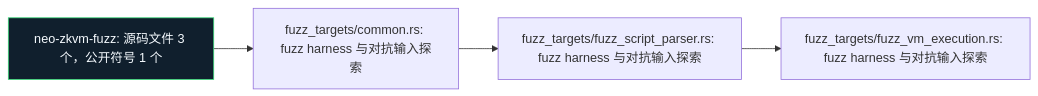
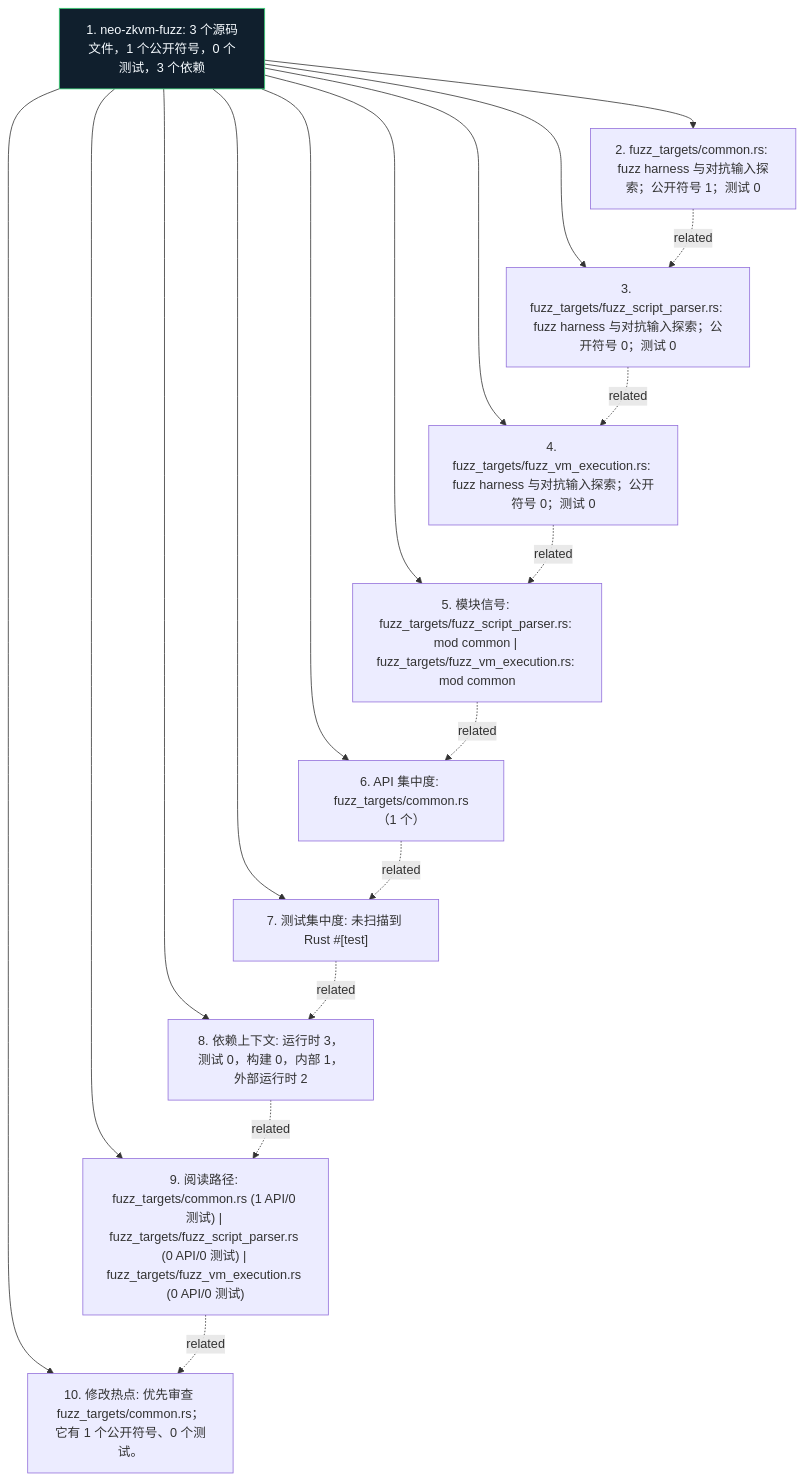
One commit to r3e-network/neo-zkvm changed the diagram in fuzz/docs/figures/module-map.zh.mmd. Above: the diagram before and after it, drawn with Mermaid. The commit also changed 307 other files, not shown here.

Commit message:
Deepen crate diagrams with source-aware atlas

```diff
--- a/fuzz/docs/figures/module-map.zh.mmd
+++ b/fuzz/docs/figures/module-map.zh.mmd
@@ -1,10 +1,30 @@
-flowchart LR
-    N1["neo-zkvm-fuzz: 源码文件 3 个，公开符号 1 个"]
-    N2["fuzz_targets/common.rs: fuzz harness 与对抗输入探索"]
-    N3["fuzz_targets/fuzz_script_parser.rs: fuzz harness 与对抗输入探索"]
-    N4["fuzz_targets/fuzz_vm_execution.rs: fuzz harness 与对抗输入探索"]
+flowchart TB
+    N1["1. neo-zkvm-fuzz: 3 个源码文件，1 个公开符号，0 个测试，3 个依赖"]
+    N2["2. fuzz_targets/common.rs: fuzz harness 与对抗输入探索；公开符号 1；测试 0"]
+    N3["3. fuzz_targets/fuzz_script_parser.rs: fuzz harness 与对抗输入探索；公开符号 0；测试 0"]
+    N4["4. fuzz_targets/fuzz_vm_execution.rs: fuzz harness 与对抗输入探索；公开符号 0；测试 0"]
+    N5["5. 模块信号: fuzz_targets/fuzz_script_parser.rs: mod common | fuzz_targets/fuzz_vm_execution.rs: mod common"]
+    N6["6. API 集中度: fuzz_targets/common.rs（1 个）"]
+    N7["7. 测试集中度: 未扫描到 Rust #[test]"]
+    N8["8. 依赖上下文: 运行时 3，测试 0，构建 0，内部 1，外部运行时 2"]
+    N9["9. 阅读路径: fuzz_targets/common.rs (1 API/0 测试) | fuzz_targets/fuzz_script_parser.rs (0 API/0 测试) | fuzz_targets/fuzz_vm_execution.rs (0 API/0 测试)"]
+    N10["10. 修改热点: 优先审查 fuzz_targets/common.rs；它有 1 个公开符号、0 个测试。"]
     N1 --> N2
-    N2 --> N3
-    N3 --> N4
+    N1 --> N3
+    N1 --> N4
+    N1 --> N5
+    N1 --> N6
+    N1 --> N7
+    N1 --> N8
+    N1 --> N9
+    N1 --> N10
+    N2 -. related .-> N3
+    N3 -. related .-> N4
+    N4 -. related .-> N5
+    N5 -. related .-> N6
+    N6 -. related .-> N7
+    N7 -. related .-> N8
+    N8 -. related .-> N9
+    N9 -. related .-> N10
     classDef crate fill:#101f2d,stroke:#38d978,color:#f6fbff
     class N1 crate
```
